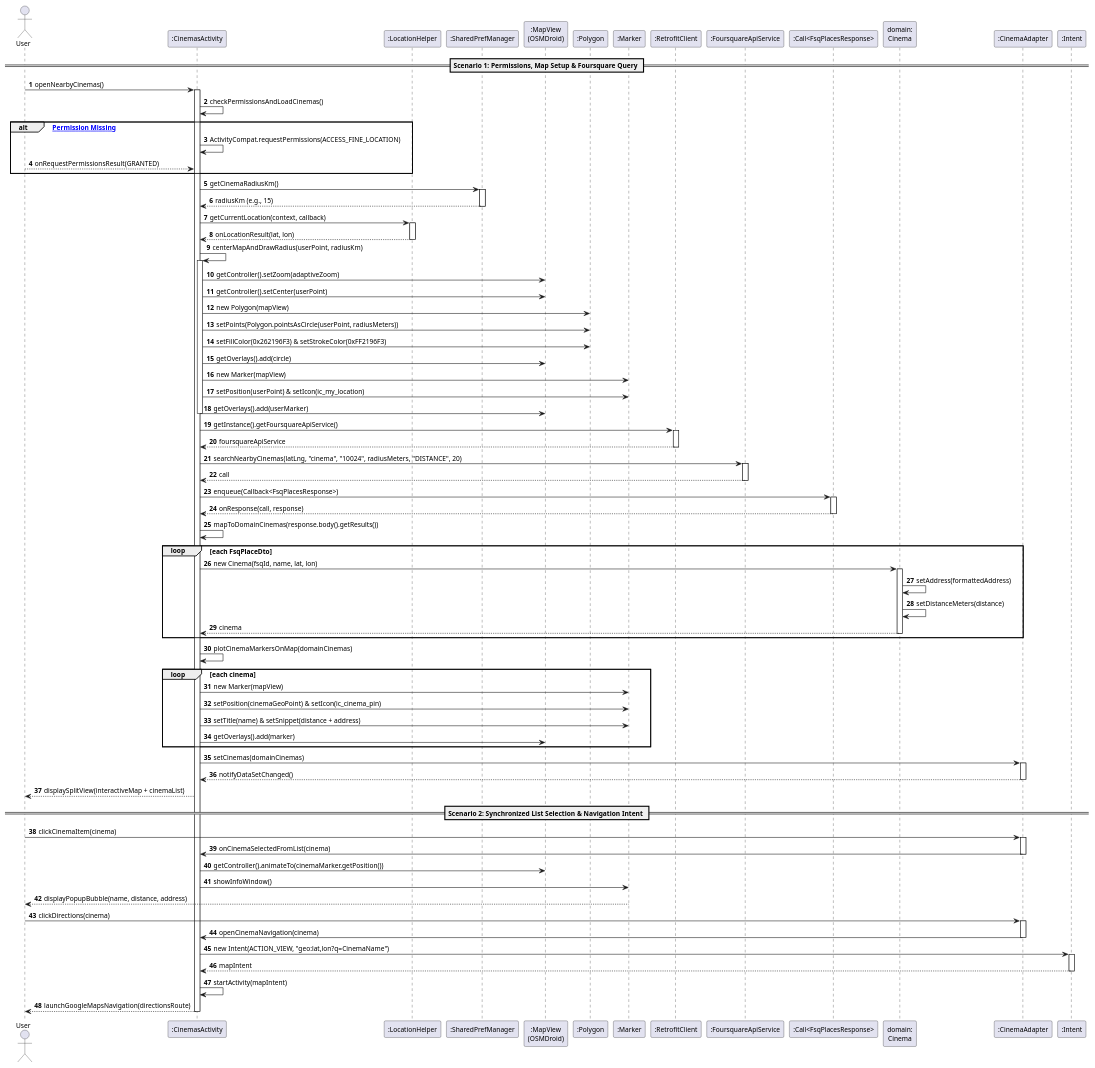
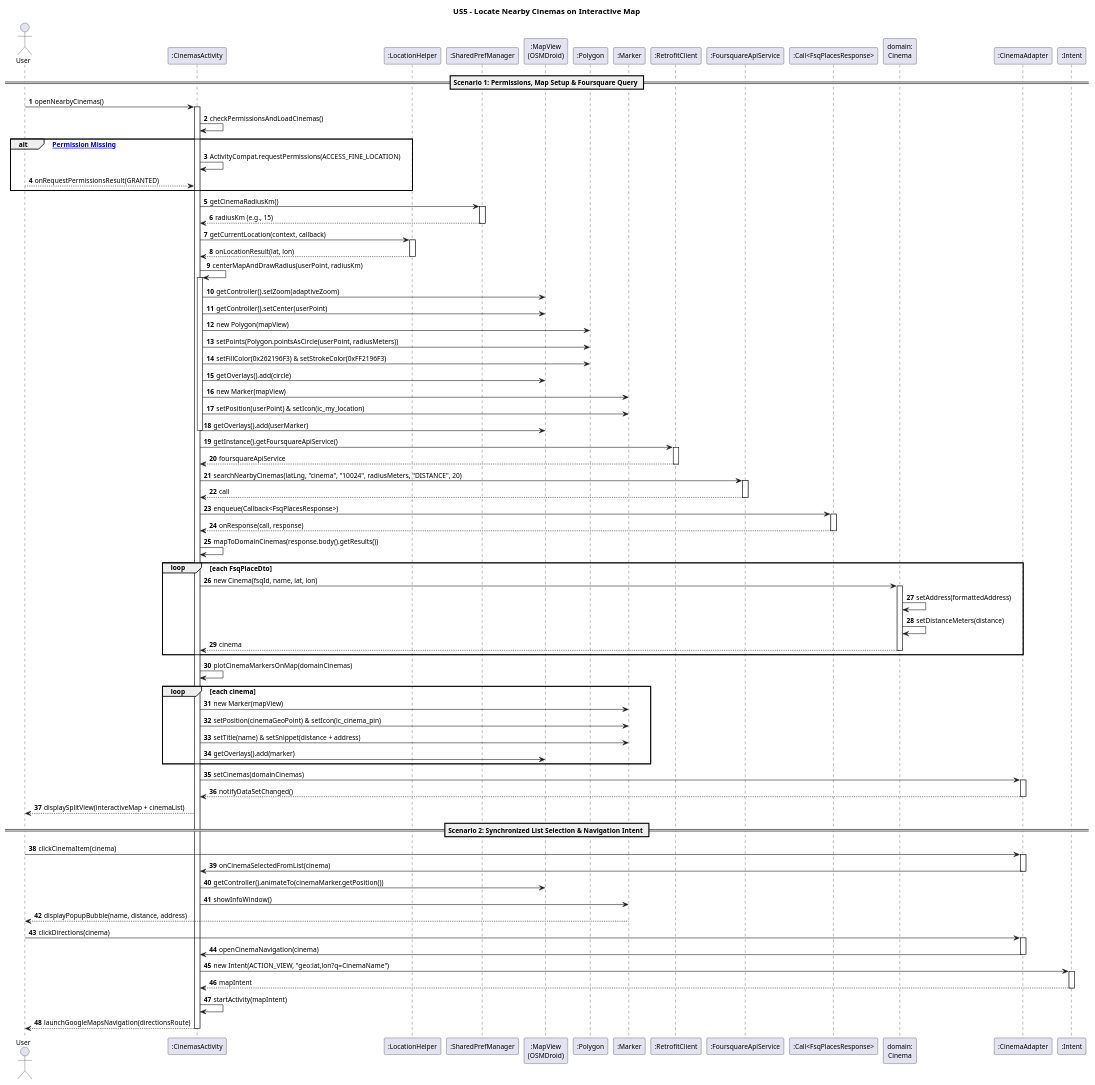
One commit to Andre-1240567/DSSMV_ProjectDroid_1240567_1241013 changed the diagram in docs/Use Cases/US5/puml/sd_us5_nearby_cinemas.puml. Above: the diagram before and after it, drawn with PlantUML. The commit also changed 62 other files, not shown here.

Commit message:
docs: add standard 'USX - (Functionality)' titles to all sequence diagrams

```diff
--- a/docs/Use Cases/US5/puml/sd_us5_nearby_cinemas.puml
+++ b/docs/Use Cases/US5/puml/sd_us5_nearby_cinemas.puml
@@ -1,125 +1,127 @@
 @startuml
 skinparam monochrome false
 skinparam shadowing false
 skinparam defaultFontName "Helvetica, Arial, sans-serif"
 skinparam defaultFontSize 12
+
+title US5 - Locate Nearby Cinemas on Interactive Map
 
 actor "User" as User
 participant ":CinemasActivity" as Activity
 participant ":LocationHelper" as LocHelper
 participant ":SharedPrefManager" as PrefMgr
 participant ":MapView\n(OSMDroid)" as MapView
 participant ":Polygon" as CircleOverlay
 participant ":Marker" as PinMarker
 participant ":RetrofitClient" as Retrofit
 participant ":FoursquareApiService" as FsqApi
 participant ":Call<FsqPlacesResponse>" as CallFsq
 participant "domain:\nCinema" as DomainCinema
 participant ":CinemaAdapter" as Adapter
 participant ":Intent" as ImplicitIntent
 
 autonumber
 
 == Scenario 1: Permissions, Map Setup & Foursquare Query ==
 
 User -> Activity : openNearbyCinemas()
 activate Activity
 
 Activity -> Activity : checkPermissionsAndLoadCinemas()
 alt [Location Permission Missing]
     Activity -> Activity : ActivityCompat.requestPermissions(ACCESS_FINE_LOCATION)
     User --> Activity : onRequestPermissionsResult(GRANTED)
 end
 
 Activity -> PrefMgr : getCinemaRadiusKm()
 activate PrefMgr
 PrefMgr --> Activity : radiusKm (e.g., 15)
 deactivate PrefMgr
 
 Activity -> LocHelper : getCurrentLocation(context, callback)
 activate LocHelper
 LocHelper --> Activity : onLocationResult(lat, lon)
 deactivate LocHelper
 
 Activity -> Activity : centerMapAndDrawRadius(userPoint, radiusKm)
 activate Activity
 Activity -> MapView : getController().setZoom(adaptiveZoom)
 Activity -> MapView : getController().setCenter(userPoint)
 
 Activity -> CircleOverlay : new Polygon(mapView)
 Activity -> CircleOverlay : setPoints(Polygon.pointsAsCircle(userPoint, radiusMeters))
 Activity -> CircleOverlay : setFillColor(0x262196F3) & setStrokeColor(0xFF2196F3)
 Activity -> MapView : getOverlays().add(circle)
 
 Activity -> PinMarker : new Marker(mapView)
 Activity -> PinMarker : setPosition(userPoint) & setIcon(ic_my_location)
 Activity -> MapView : getOverlays().add(userMarker)
 deactivate Activity
 
 Activity -> Retrofit : getInstance().getFoursquareApiService()
 activate Retrofit
 Retrofit --> Activity : foursquareApiService
 deactivate Retrofit
 
 Activity -> FsqApi : searchNearbyCinemas(latLng, "cinema", "10024", radiusMeters, "DISTANCE", 20)
 activate FsqApi
 FsqApi --> Activity : call
 deactivate FsqApi
 
 Activity -> CallFsq : enqueue(Callback<FsqPlacesResponse>)
 activate CallFsq
 
 CallFsq --> Activity : onResponse(call, response)
 deactivate CallFsq
 
 Activity -> Activity : mapToDomainCinemas(response.body().getResults())
 loop each FsqPlaceDto
     Activity -> DomainCinema : new Cinema(fsqId, name, lat, lon)
     activate DomainCinema
     DomainCinema -> DomainCinema : setAddress(formattedAddress)
     DomainCinema -> DomainCinema : setDistanceMeters(distance)
     DomainCinema --> Activity : cinema
     deactivate DomainCinema
 end
 
 Activity -> Activity : plotCinemaMarkersOnMap(domainCinemas)
 loop each cinema
     Activity -> PinMarker : new Marker(mapView)
     Activity -> PinMarker : setPosition(cinemaGeoPoint) & setIcon(ic_cinema_pin)
     Activity -> PinMarker : setTitle(name) & setSnippet(distance + address)
     Activity -> MapView : getOverlays().add(marker)
 end
 
 Activity -> Adapter : setCinemas(domainCinemas)
 activate Adapter
 Adapter --> Activity : notifyDataSetChanged()
 deactivate Adapter
 
 Activity --> User : displaySplitView(interactiveMap + cinemaList)
 
 == Scenario 2: Synchronized List Selection & Navigation Intent ==
 
 User -> Adapter : clickCinemaItem(cinema)
 activate Adapter
 Adapter -> Activity : onCinemaSelectedFromList(cinema)
 deactivate Adapter
 
 Activity -> MapView : getController().animateTo(cinemaMarker.getPosition())
 Activity -> PinMarker : showInfoWindow()
 PinMarker --> User : displayPopupBubble(name, distance, address)
 
 User -> Adapter : clickDirections(cinema)
 activate Adapter
 Adapter -> Activity : openCinemaNavigation(cinema)
 deactivate Adapter
 
 Activity -> ImplicitIntent : new Intent(ACTION_VIEW, "geo:lat,lon?q=CinemaName")
 activate ImplicitIntent
 ImplicitIntent --> Activity : mapIntent
 deactivate ImplicitIntent
 
 Activity -> Activity : startActivity(mapIntent)
 Activity --> User : launchGoogleMapsNavigation(directionsRoute)
 deactivate Activity
 
 @enduml
```
